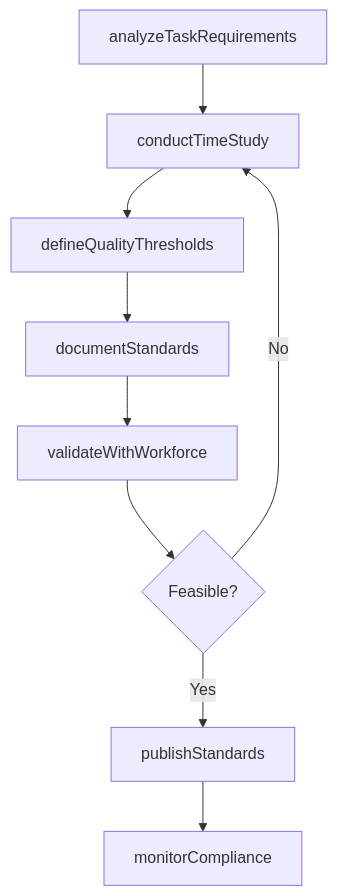
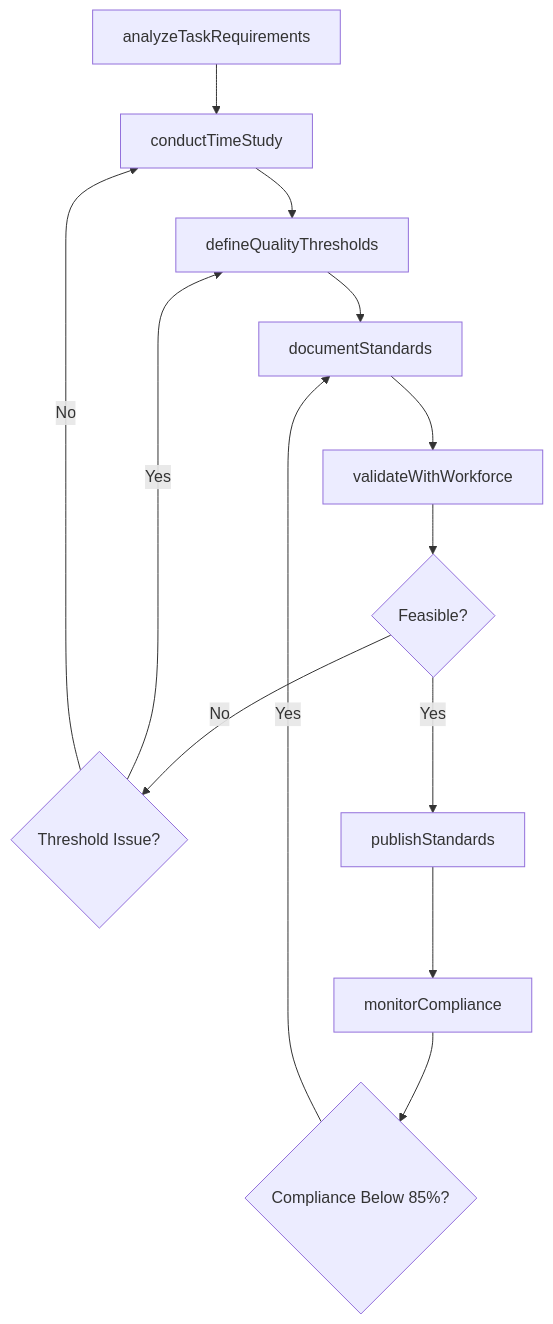
The third of 4 diagrams in ThinkingCreatively/DevelopEducationalProgramsPlansOrProcedures/EstablishWorkStandards.mdx (dot-org-ai/tasks.org.ai), drawn with Mermaid before and after one commit. The commit also changed other lines of this file and 504 other files, not shown here.

First line of the commit message:
feat: Add ER diagrams, state diagrams, and workflow improvements to 96 DWA task files

````diff
--- a/ThinkingCreatively/DevelopEducationalProgramsPlansOrProcedures/EstablishWorkStandards.mdx
+++ b/ThinkingCreatively/DevelopEducationalProgramsPlansOrProcedures/EstablishWorkStandards.mdx
@@ -86,11 +114,15 @@
 ```mermaid
 graph TD
     A[analyzeTaskRequirements] --> B[conductTimeStudy]
     B --> C[defineQualityThresholds]
     C --> D[documentStandards]
     D --> E[validateWithWorkforce]
     E --> F{Feasible?}
-    F -->|No| B
-    F -->|Yes| G[publishStandards]
-    G --> H[monitorCompliance]
+    F -->|No| G{Threshold Issue?}
+    G -->|Yes| C
+    G -->|No| B
+    F -->|Yes| H[publishStandards]
+    H --> I[monitorCompliance]
+    I --> J{Compliance Below 85%?}
+    J -->|Yes| D
 ```
````
